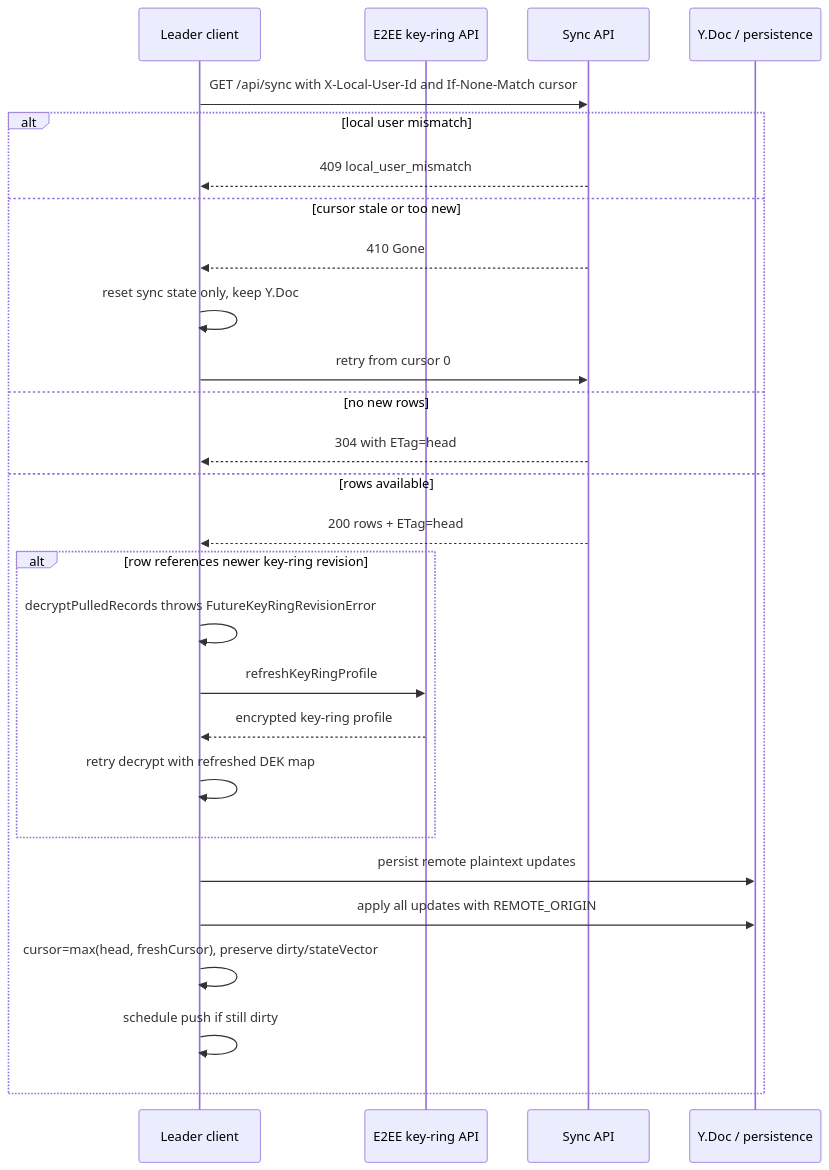
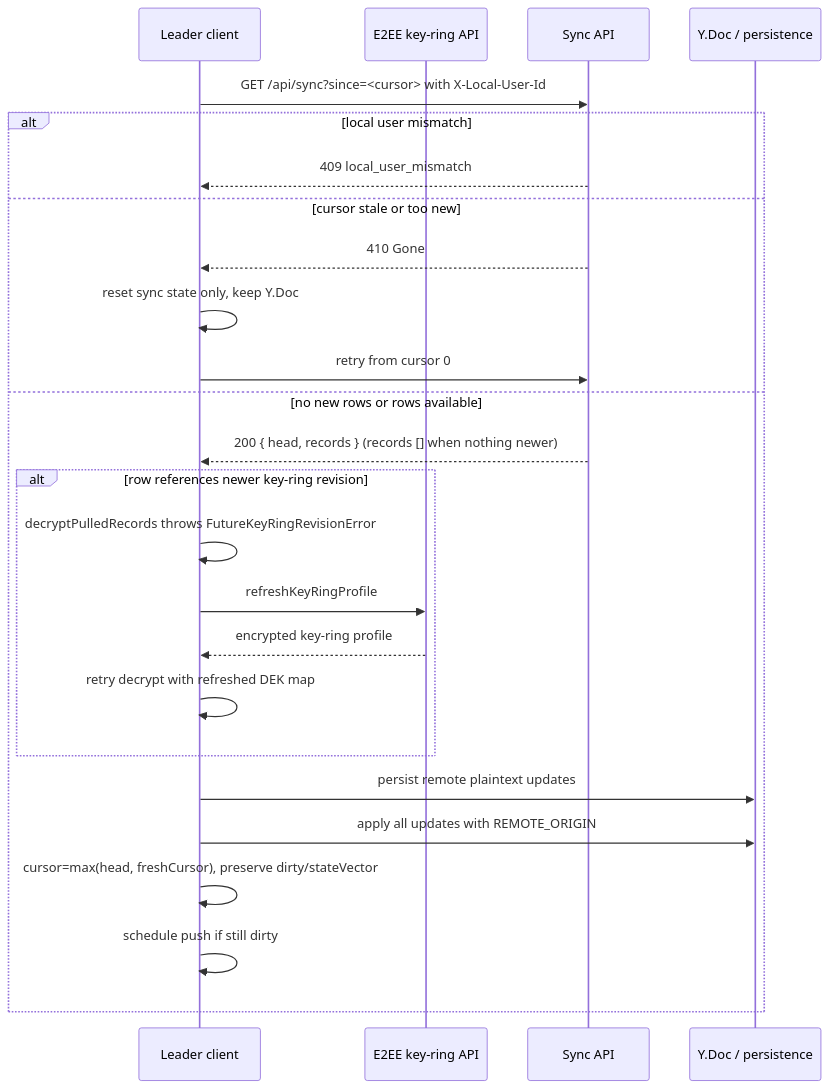
Before and after one commit to balakin/autokpo: the third of 7 diagrams in apps/app/docs/sync.md, drawn with Mermaid. The commit also changed other lines of this file and 5 other files, not shown here.

````diff
--- a/apps/app/docs/sync.md
+++ b/apps/app/docs/sync.md
@@ -114,30 +114,28 @@
 ```mermaid
 sequenceDiagram
   participant C as Leader client
   participant K as E2EE key-ring API
   participant S as Sync API
   participant D as Y.Doc / persistence
 
-  C->>S: GET /api/sync with X-Local-User-Id and If-None-Match cursor
+  C->>S: GET /api/sync?since=<cursor> with X-Local-User-Id
   alt local user mismatch
     S-->>C: 409 local_user_mismatch
   else cursor stale or too new
     S-->>C: 410 Gone
     C->>C: reset sync state only, keep Y.Doc
     C->>S: retry from cursor 0
-  else no new rows
-    S-->>C: 304 with ETag=head
-  else rows available
-    S-->>C: 200 rows + ETag=head
+  else no new rows or rows available
+    S-->>C: 200 { head, records } (records [] when nothing newer)
     alt row references newer key-ring revision
       C->>C: decryptPulledRecords throws FutureKeyRingRevisionError
       C->>K: refreshKeyRingProfile
       K-->>C: encrypted key-ring profile
       C->>C: retry decrypt with refreshed DEK map
     end
     C->>D: persist remote plaintext updates
     C->>D: apply all updates with REMOTE_ORIGIN
     C->>C: cursor=max(head, freshCursor), preserve dirty/stateVector
     C->>C: schedule push if still dirty
   end
 ```
````
